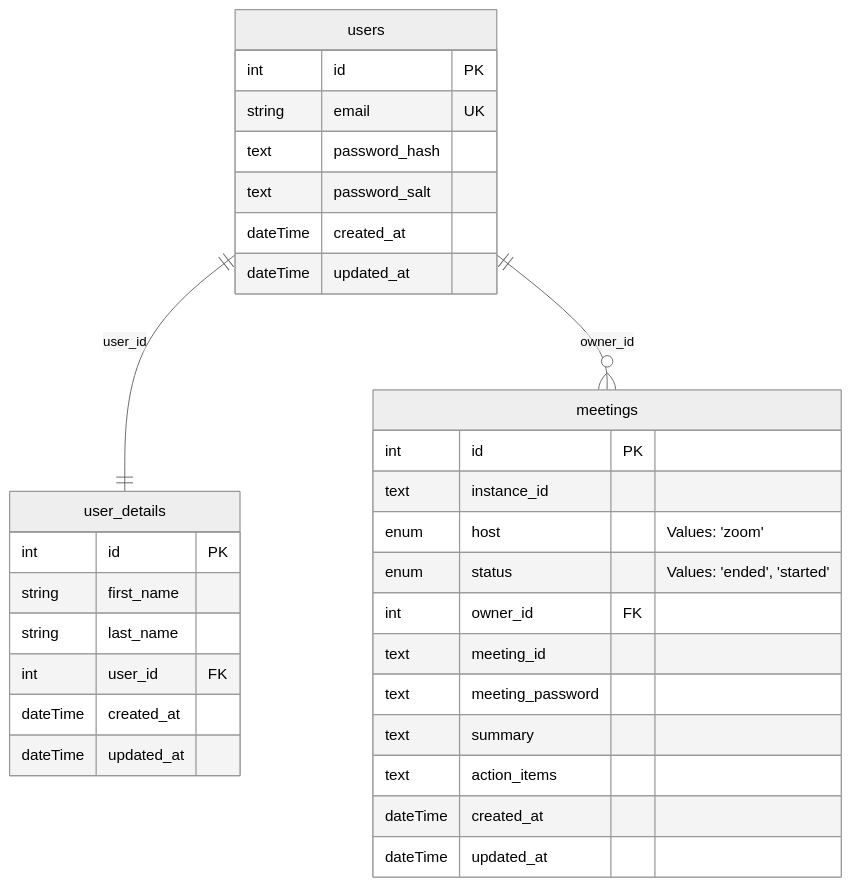
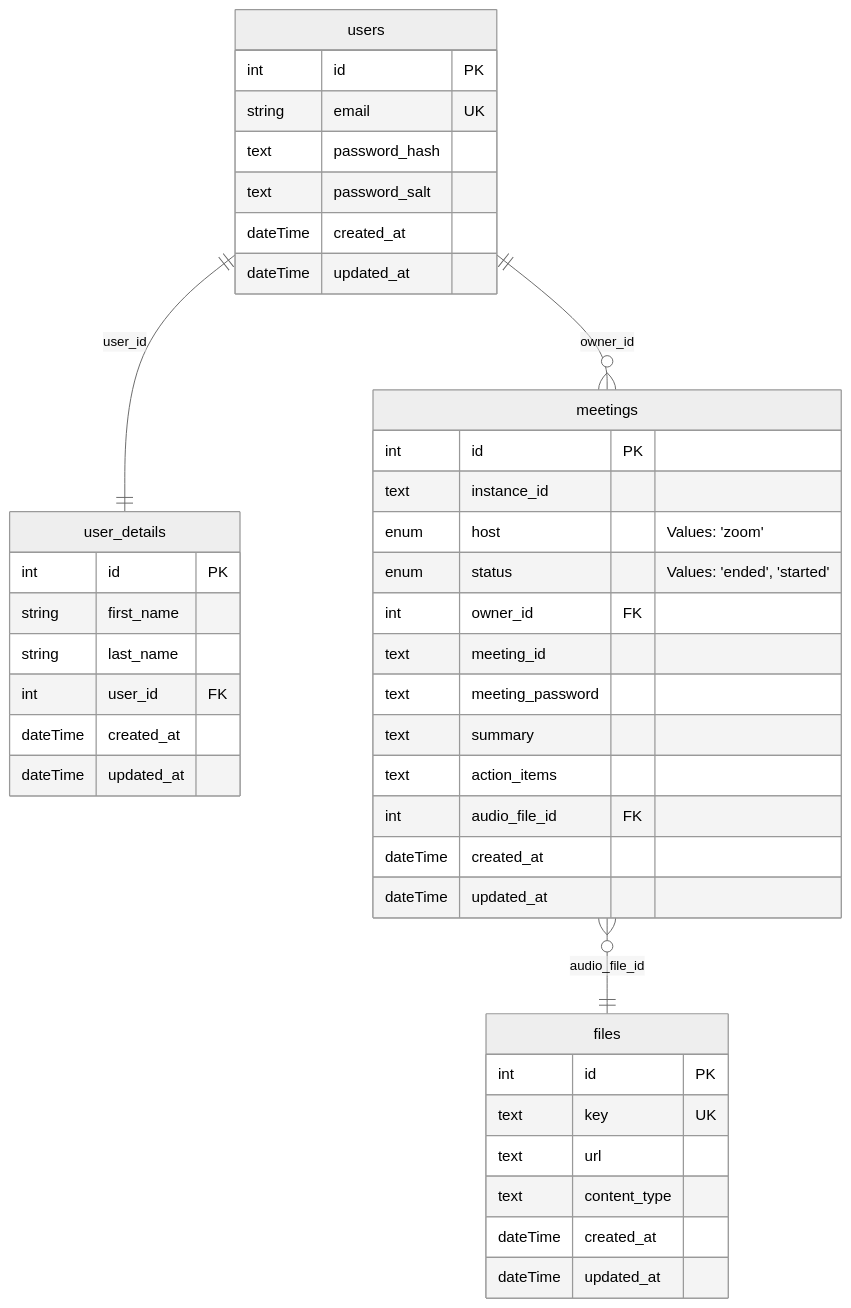
One commit to BinaryStudioAcademy/bsa-2025-meetlytic changed the diagram in readme.md. Above: the diagram before and after it, drawn with Mermaid (neutral theme).

Commit message:
feat: update readme.md ml-132

````diff
--- a/readme.md
+++ b/readme.md
@@ -25,34 +25,44 @@
 ```mermaid
 erDiagram
    users {
       int id PK
       string email UK
       text password_hash
       text password_salt
       dateTime created_at
       dateTime updated_at
    }
    user_details {
       int id PK
       string first_name
       string last_name
       int user_id FK
       dateTime created_at
       dateTime updated_at
    }
    meetings {
       int id PK
       text instance_id
       enum host "Values: 'zoom'"
       enum status "Values: 'ended', 'started'"
       int owner_id FK
       text meeting_id
       text meeting_password
       text summary
       text action_items
+      int audio_file_id FK
+      dateTime created_at
+      dateTime updated_at
+   }
+   files {
+      int id PK
+      text key UK
+      text url
+      text content_type
       dateTime created_at
       dateTime updated_at
    }
    users ||--|| user_details: user_id
    users ||--o{ meetings: owner_id
+   meetings }o--|| files: audio_file_id
 ```
````
